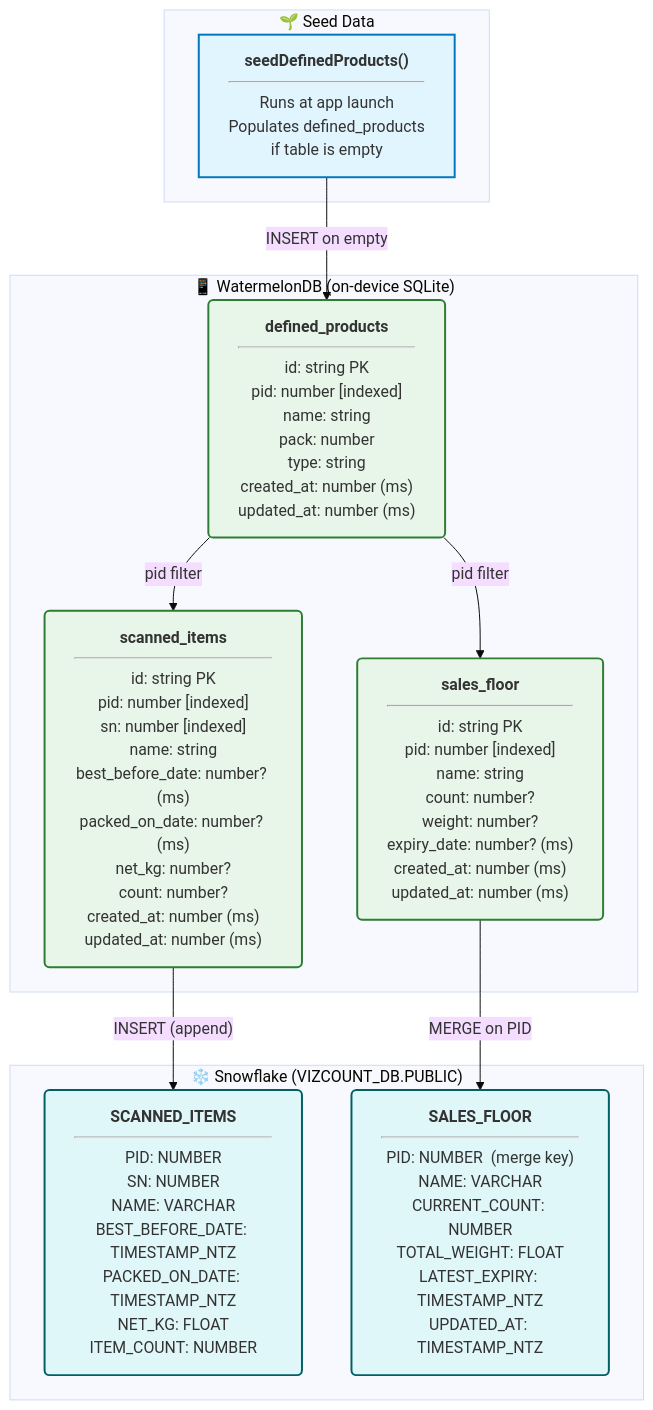
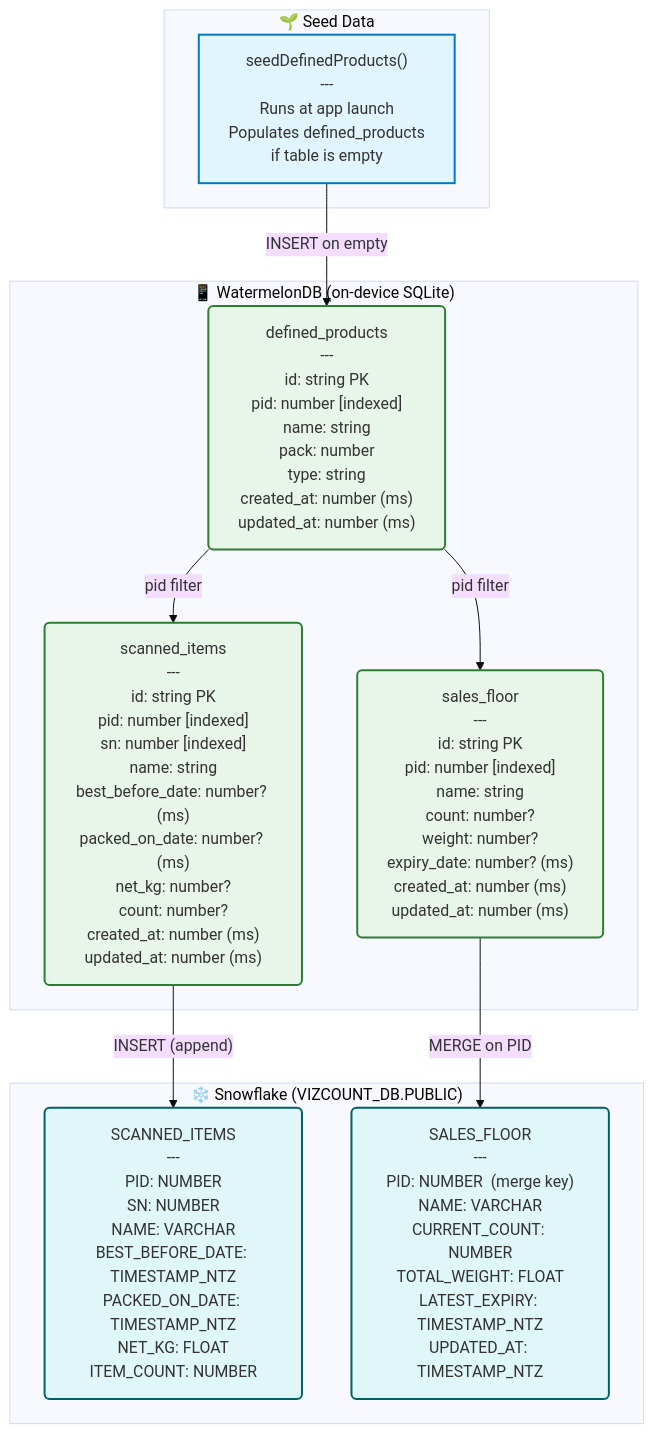
The third of 3 diagrams in README.md (shyamal-bhatt/VizCount), drawn with Mermaid (base theme) before and after one commit. The commit also changed other lines of this file and 36 other files, not shown here.

Commit message:
docs: update README with new architecture diagram, fix mermaid rendering, and update deployment instructions

````diff
--- a/README.md
+++ b/README.md
@@ -254,33 +256,33 @@
 ```mermaid
 graph TD
     classDef jsThread  fill:#e1f5fe,stroke:#0277bd,stroke-width:2px
     classDef uiThread  fill:#fce4ec,stroke:#c2185b,stroke-width:2px
     classDef db        fill:#e8f5e9,stroke:#2e7d32,stroke-width:2px,rx:5,ry:5
     classDef backend   fill:#e0f7fa,stroke:#006064,stroke-width:2px,rx:5,ry:5
     classDef startPoint fill:#00c853,stroke:#000,stroke-width:3px,color:#fff
     classDef checkpoint fill:#ffd600,stroke:#000,stroke-width:2px
 
     subgraph Local ["📱 WatermelonDB  (on-device SQLite)"]
-        DP["<b>defined_products</b><hr/>id: string PK<br/>pid: number [indexed]<br/>name: string<br/>pack: number<br/>type: string<br/>created_at: number (ms)<br/>updated_at: number (ms)"]:::db
+        DP["defined_products<br/>---<br/>id: string PK<br/>pid: number [indexed]<br/>name: string<br/>pack: number<br/>type: string<br/>created_at: number (ms)<br/>updated_at: number (ms)"]:::db
 
-        SI["<b>scanned_items</b><hr/>id: string PK<br/>pid: number [indexed]<br/>sn: number [indexed]<br/>name: string<br/>best_before_date: number? (ms)<br/>packed_on_date: number? (ms)<br/>net_kg: number?<br/>count: number?<br/>created_at: number (ms)<br/>updated_at: number (ms)"]:::db
+        SI["scanned_items<br/>---<br/>id: string PK<br/>pid: number [indexed]<br/>sn: number [indexed]<br/>name: string<br/>best_before_date: number? (ms)<br/>packed_on_date: number? (ms)<br/>net_kg: number?<br/>count: number?<br/>created_at: number (ms)<br/>updated_at: number (ms)"]:::db
 
-        SF["<b>sales_floor</b><hr/>id: string PK<br/>pid: number [indexed]<br/>name: string<br/>count: number?<br/>weight: number?<br/>expiry_date: number? (ms)<br/>created_at: number (ms)<br/>updated_at: number (ms)"]:::db
+        SF["sales_floor<br/>---<br/>id: string PK<br/>pid: number [indexed]<br/>name: string<br/>count: number?<br/>weight: number?<br/>expiry_date: number? (ms)<br/>created_at: number (ms)<br/>updated_at: number (ms)"]:::db
     end
 
     subgraph Cloud ["❄️ Snowflake  (VIZCOUNT_DB.PUBLIC)"]
-        SN_SI["<b>SCANNED_ITEMS</b><hr/>PID: NUMBER<br/>SN: NUMBER<br/>NAME: VARCHAR<br/>BEST_BEFORE_DATE: TIMESTAMP_NTZ<br/>PACKED_ON_DATE: TIMESTAMP_NTZ<br/>NET_KG: FLOAT<br/>ITEM_COUNT: NUMBER"]:::backend
+        SN_SI["SCANNED_ITEMS<br/>---<br/>PID: NUMBER<br/>SN: NUMBER<br/>NAME: VARCHAR<br/>BEST_BEFORE_DATE: TIMESTAMP_NTZ<br/>PACKED_ON_DATE: TIMESTAMP_NTZ<br/>NET_KG: FLOAT<br/>ITEM_COUNT: NUMBER"]:::backend
 
-        SN_SF["<b>SALES_FLOOR</b><hr/>PID: NUMBER  (merge key)<br/>NAME: VARCHAR<br/>CURRENT_COUNT: NUMBER<br/>TOTAL_WEIGHT: FLOAT<br/>LATEST_EXPIRY: TIMESTAMP_NTZ<br/>UPDATED_AT: TIMESTAMP_NTZ"]:::backend
+        SN_SF["SALES_FLOOR<br/>---<br/>PID: NUMBER  (merge key)<br/>NAME: VARCHAR<br/>CURRENT_COUNT: NUMBER<br/>TOTAL_WEIGHT: FLOAT<br/>LATEST_EXPIRY: TIMESTAMP_NTZ<br/>UPDATED_AT: TIMESTAMP_NTZ"]:::backend
     end
 
     subgraph Seed ["🌱 Seed Data"]
-        SEED["<b>seedDefinedProducts()</b><hr/>Runs at app launch<br/>Populates defined_products<br/>if table is empty"]:::jsThread
+        SEED["seedDefinedProducts()<br/>---<br/>Runs at app launch<br/>Populates defined_products<br/>if table is empty"]:::jsThread
     end
 
     SEED -- "INSERT on empty" --> DP
     DP -- "pid filter" --> SI
     DP -- "pid filter" --> SF
     SI -- "INSERT (append)" --> SN_SI
     SF -- "MERGE on PID" --> SN_SF
 ```
````
